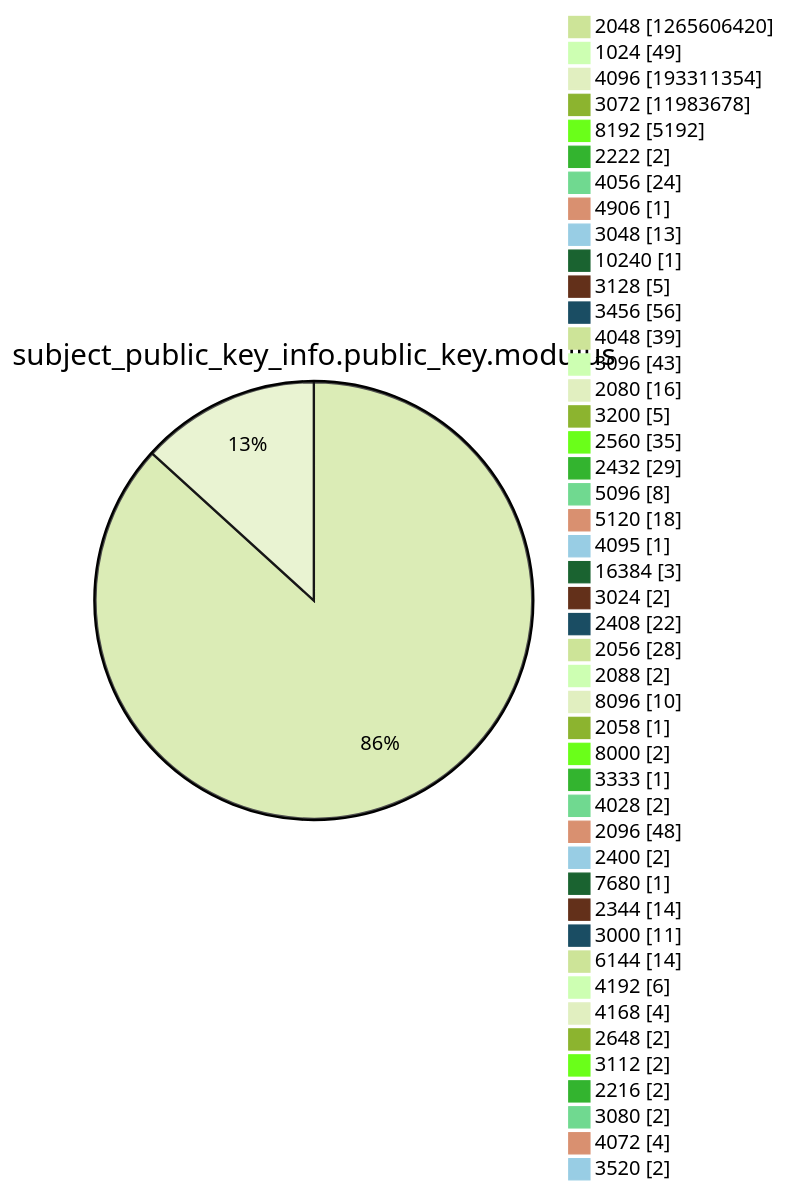
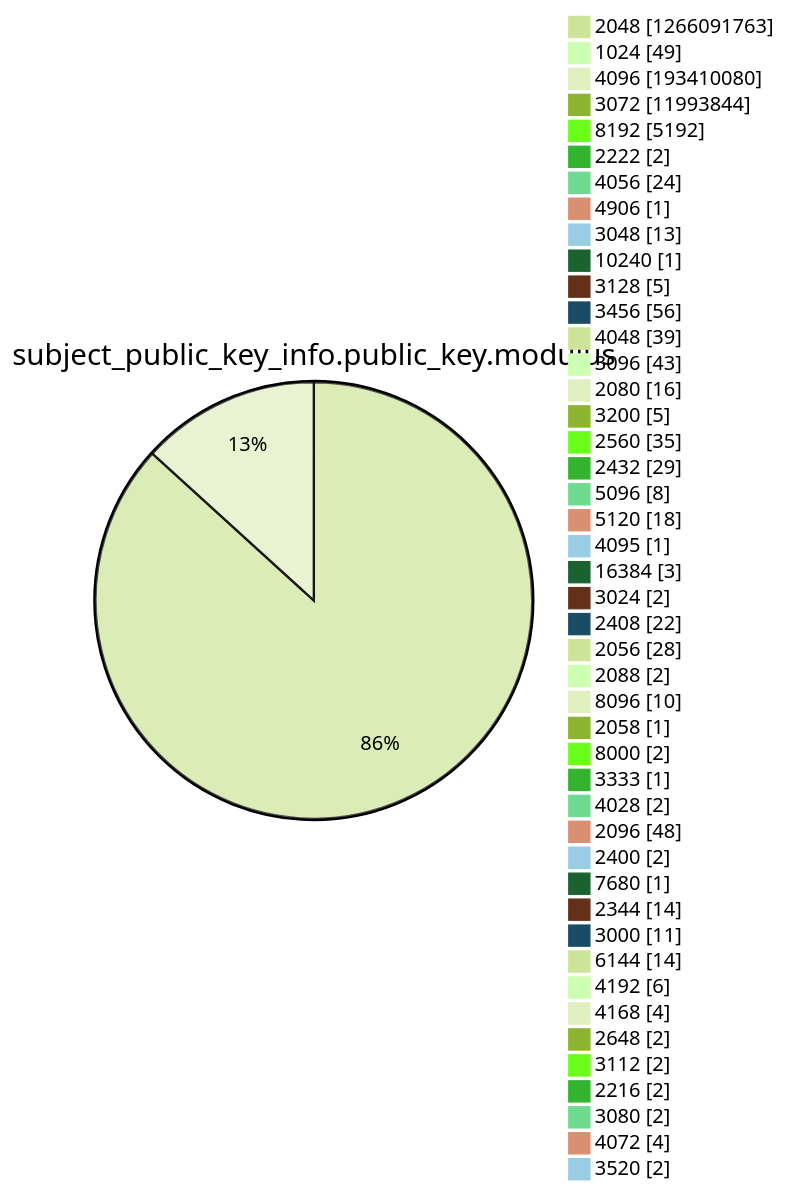
Before and after one commit to christiankrug/ctmonitor_visualization: diagram 13 of 15 in xenon2022/README.md, drawn with Mermaid (forest theme). The commit also changed other lines of this file, not shown here.

````diff
--- a/xenon2022/README.md
+++ b/xenon2022/README.md
@@ -3920,49 +3920,49 @@
 ```mermaid
 pie showData
 title subject_public_key_info.public_key.modulus
-"2048" :1265606420
+"2048" :1266091763
 "1024" :49
-"4096" :193311354
-"3072" :11983678
+"4096" :193410080
+"3072" :11993844
 "8192" :5192
 "2222" :2
 "4056" :24
 "4906" :1
 "3048" :13
 "10240" :1
 "3128" :5
 "3456" :56
 "4048" :39
 "3096" :43
 "2080" :16
 "3200" :5
 "2560" :35
 "2432" :29
 "5096" :8
 "5120" :18
 "4095" :1
 "16384" :3
 "3024" :2
 "2408" :22
 "2056" :28
 "2088" :2
 "8096" :10
 "2058" :1
 "8000" :2
 "3333" :1
 "4028" :2
 "2096" :48
 "2400" :2
 "7680" :1
 "2344" :14
 "3000" :11
 "6144" :14
 "4192" :6
 "4168" :4
 "2648" :2
 "3112" :2
 "2216" :2
 "3080" :2
 "4072" :4
 "3520" :2
 ```
````
